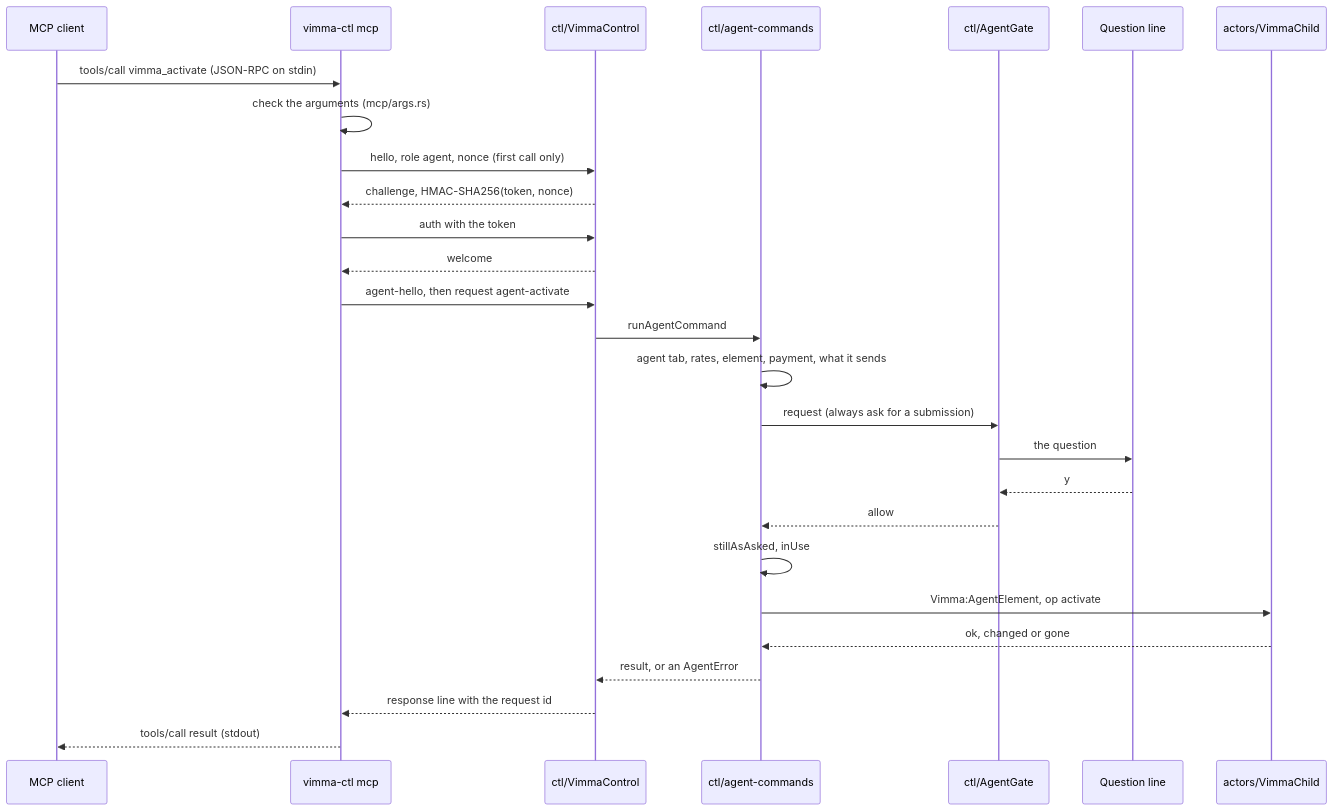
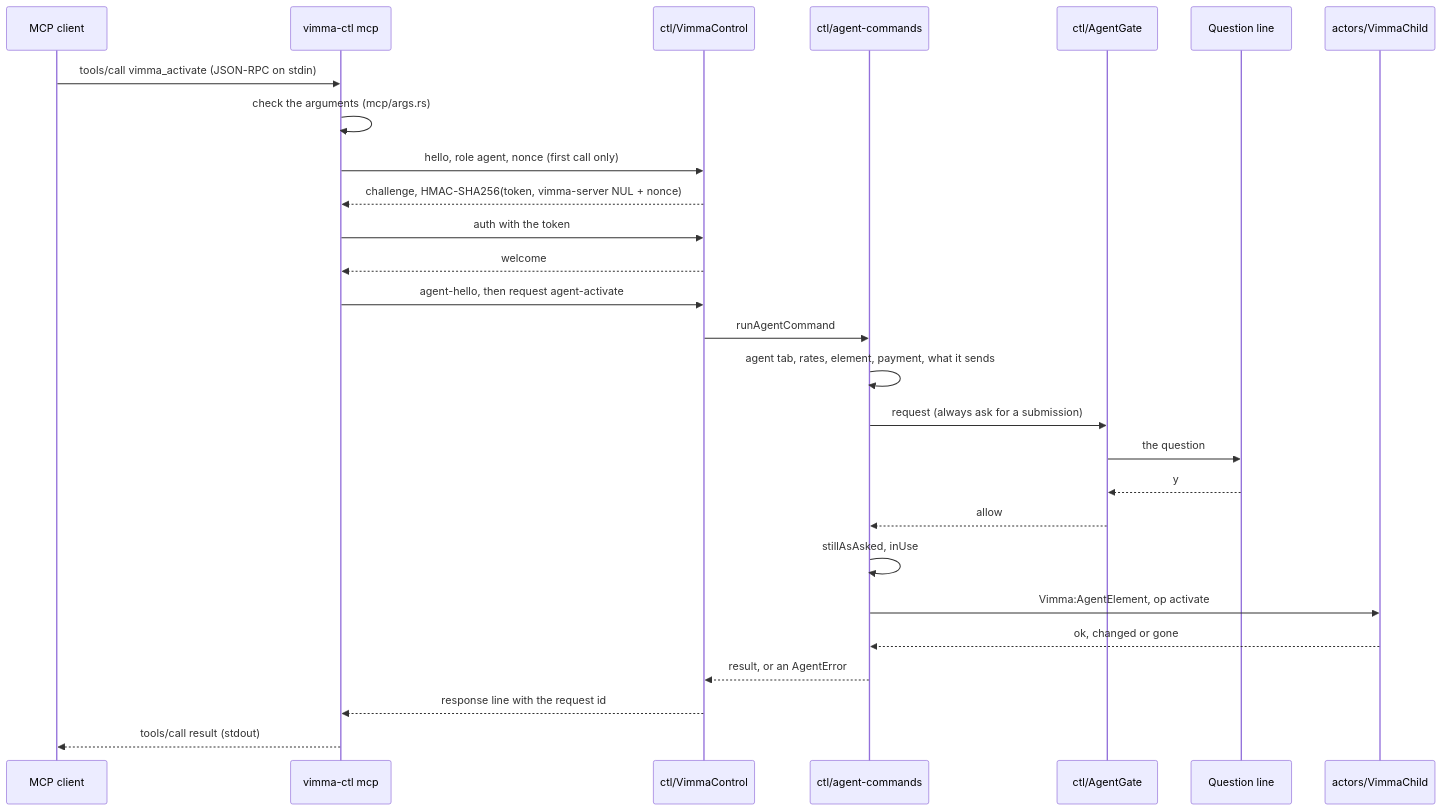
Before and after one commit to vimma-browser/vimma: the diagram in docs/architecture/agent-call.md, drawn with Mermaid. The commit also changed other lines of this file and 5 other files, not shown here.

````diff
--- a/docs/architecture/agent-call.md
+++ b/docs/architecture/agent-call.md
@@ -13,29 +13,29 @@
 ```mermaid
 sequenceDiagram
   participant Host as MCP client
   participant Ctl as vimma-ctl mcp
   participant Srv as ctl/VimmaControl
   participant Cmd as ctl/agent-commands
   participant Gate as ctl/AgentGate
   participant User as Question line
   participant Child as actors/VimmaChild
   Host->>Ctl: tools/call vimma_activate (JSON-RPC on stdin)
   Ctl->>Ctl: check the arguments (mcp/args.rs)
   Ctl->>Srv: hello, role agent, nonce (first call only)
-  Srv-->>Ctl: challenge, HMAC-SHA256(token, nonce)
+  Srv-->>Ctl: challenge, HMAC-SHA256(token, vimma-server NUL + nonce)
   Ctl->>Srv: auth with the token
   Srv-->>Ctl: welcome
   Ctl->>Srv: agent-hello, then request agent-activate
   Srv->>Cmd: runAgentCommand
   Cmd->>Cmd: agent tab, rates, element, payment, what it sends
   Cmd->>Gate: request (always ask for a submission)
   Gate->>User: the question
   User-->>Gate: y
   Gate-->>Cmd: allow
   Cmd->>Cmd: stillAsAsked, inUse
   Cmd->>Child: Vimma:AgentElement, op activate
   Child-->>Cmd: ok, changed or gone
   Cmd-->>Srv: result, or an AgentError
   Srv-->>Ctl: response line with the request id
   Ctl-->>Host: tools/call result (stdout)
 ```
````
